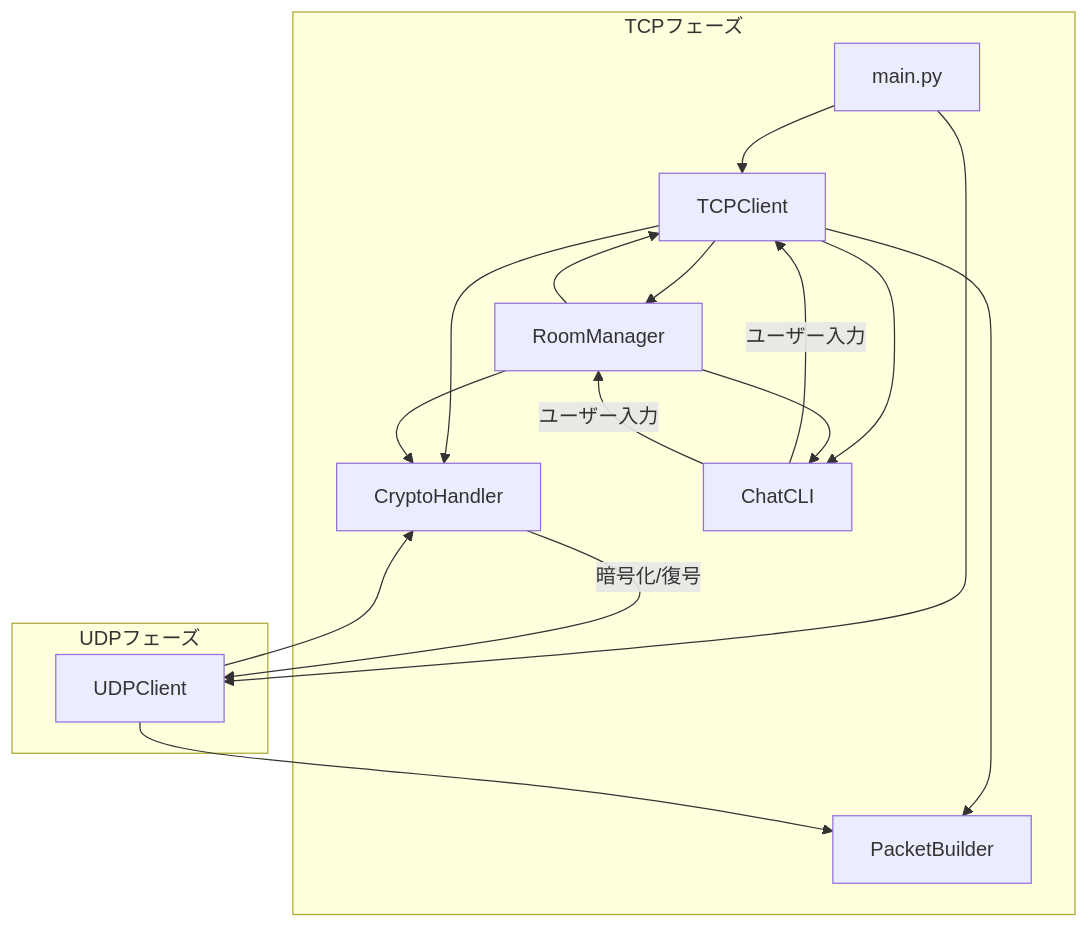
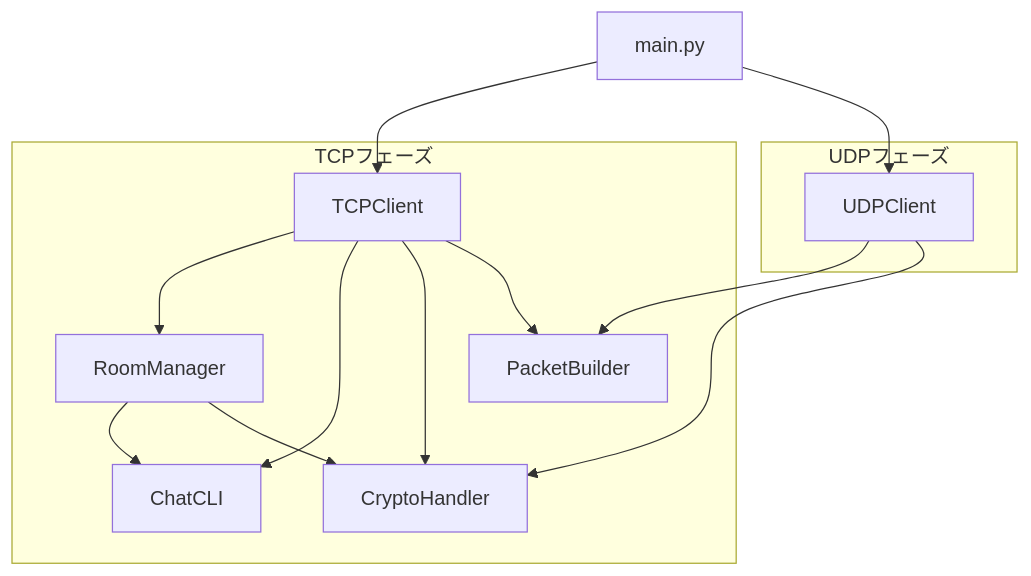
Before and after one commit to BackendExplorer/Online-Chat-Service: the first of 5 diagrams in README.md, drawn with Mermaid.

````diff
--- a/README.md
+++ b/README.md
@@ -1,27 +1,31 @@
 ```mermaid
-graph TD
-    main[main.py]
-    
+flowchart TD
+    main["main.py"]
+
     subgraph TCPフェーズ
-        main --> TCPClient
-        TCPClient --> RoomManager
-        TCPClient --> CryptoHandler
-        TCPClient --> PacketBuilder
-        TCPClient --> ChatCLI
-        RoomManager --> TCPClient
-        RoomManager --> ChatCLI
-        RoomManager --> CryptoHandler
+        tcp[TCPClient]
+        room[RoomManager]
+        cli[ChatCLI]
+        crypto[CryptoHandler]
+        packet[PacketBuilder]
     end
 
     subgraph UDPフェーズ
-        main --> UDPClient
-        UDPClient --> PacketBuilder
-        UDPClient --> CryptoHandler
+        udp[UDPClient]
     end
 
-    ChatCLI -->|ユーザー入力| TCPClient
-    ChatCLI -->|ユーザー入力| RoomManager
+    main --> tcp
+    tcp --> room
+    tcp --> cli
+    tcp --> crypto
+    tcp --> packet
 
-    CryptoHandler -->|暗号化/復号| UDPClient
+    room --> cli
+    room --> crypto
+
+    udp --> packet
+    udp --> crypto
+
+    main --> udp
 
 ```
````
